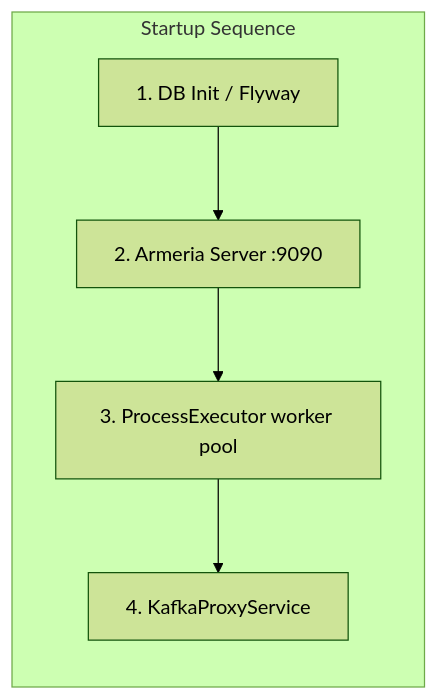
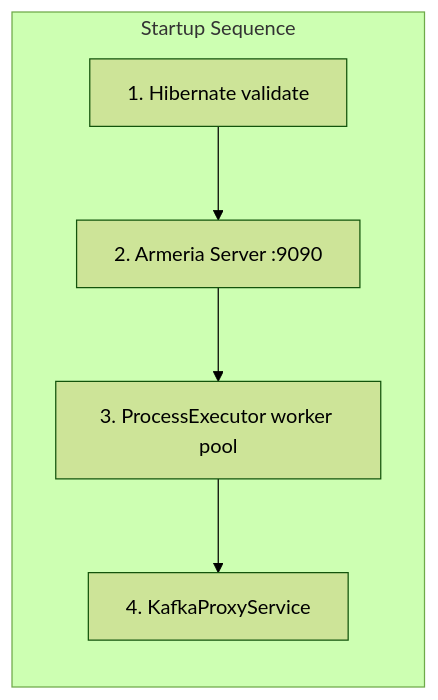
One commit to apache/airavata changed the third of 3 diagrams in README.md. Above: the diagram before and after it, drawn with Mermaid (forest theme). The commit also changed other lines of this file and 59 other files, not shown here.

````diff
--- a/README.md
+++ b/README.md
@@ -144,9 +144,9 @@
 ```mermaid
 graph LR
     subgraph "Startup Sequence"
         direction TB
-        A[1. DB Init / Flyway] --> B[2. Armeria Server :9090]
+        A[1. Hibernate validate] --> B[2. Armeria Server :9090]
         B --> C[3. ProcessExecutor worker pool]
         C --> D[4. KafkaProxyService]
     end
 ```
````
